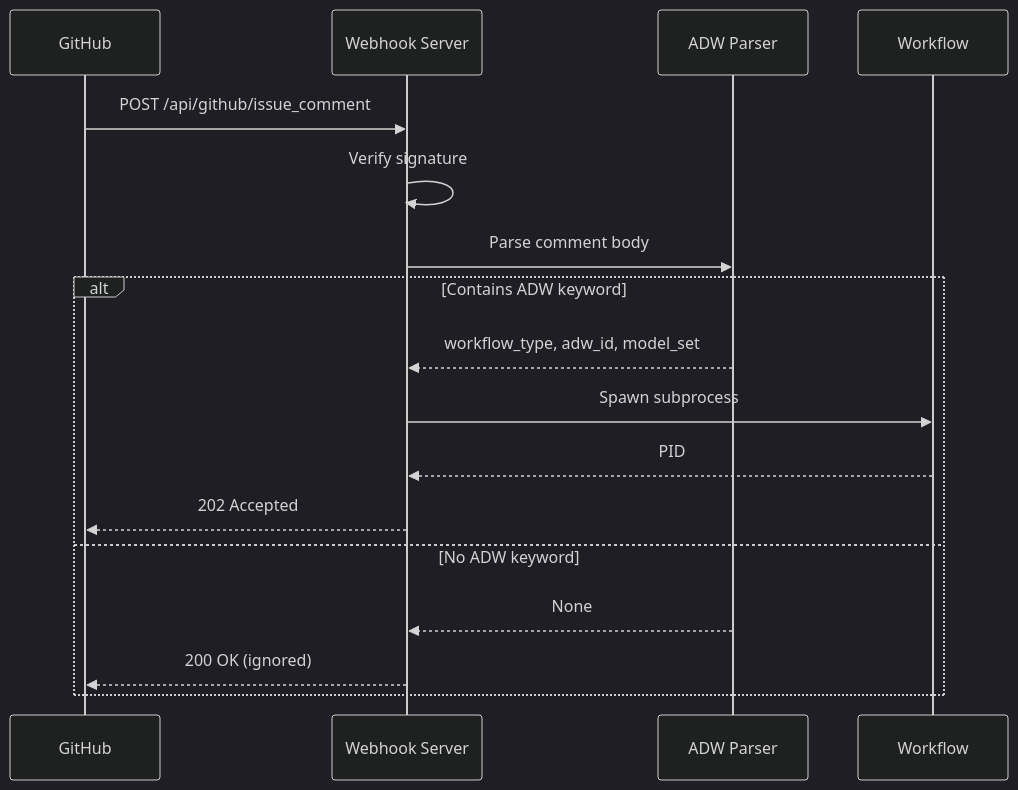
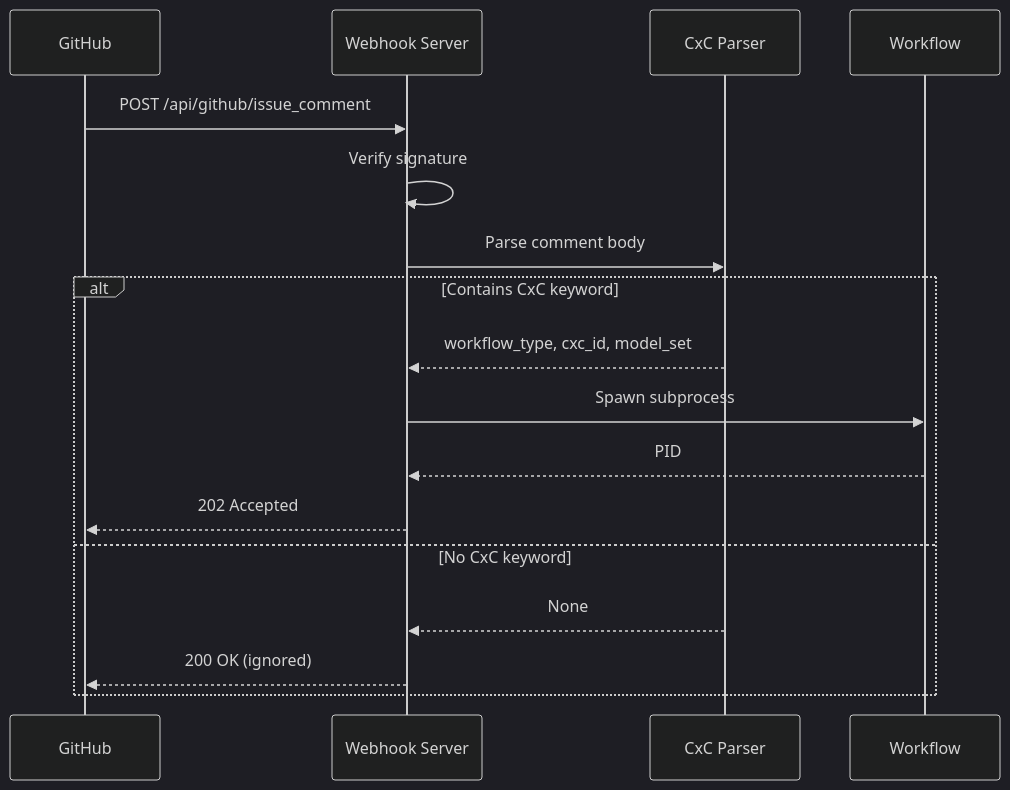
Before and after one commit to alexfosterinvisible/Cortex-Code: diagram 18 of 20 in .af/specs/fullrepo_dec30/C/design.md, drawn with Mermaid (dark theme). The commit also changed other lines of this file and 19 other files, not shown here.

First line of the commit message:
fix: complete adw→cxc rename + fix integration tests

````diff
--- a/.af/specs/fullrepo_dec30/C/design.md
+++ b/.af/specs/fullrepo_dec30/C/design.md
@@ -749,21 +749,21 @@
 ```mermaid
 sequenceDiagram
     participant GH as GitHub
     participant WH as Webhook Server
-    participant Parser as ADW Parser
+    participant Parser as CxC Parser
     participant WF as Workflow
 
     GH->>WH: POST /api/github/issue_comment
     WH->>WH: Verify signature
     WH->>Parser: Parse comment body
 
-    alt Contains ADW keyword
-        Parser-->>WH: workflow_type, adw_id, model_set
+    alt Contains CxC keyword
+        Parser-->>WH: workflow_type, cxc_id, model_set
         WH->>WF: Spawn subprocess
         WF-->>WH: PID
         WH-->>GH: 202 Accepted
-    else No ADW keyword
+    else No CxC keyword
         Parser-->>WH: None
         WH-->>GH: 200 OK (ignored)
     end
 ```
````
